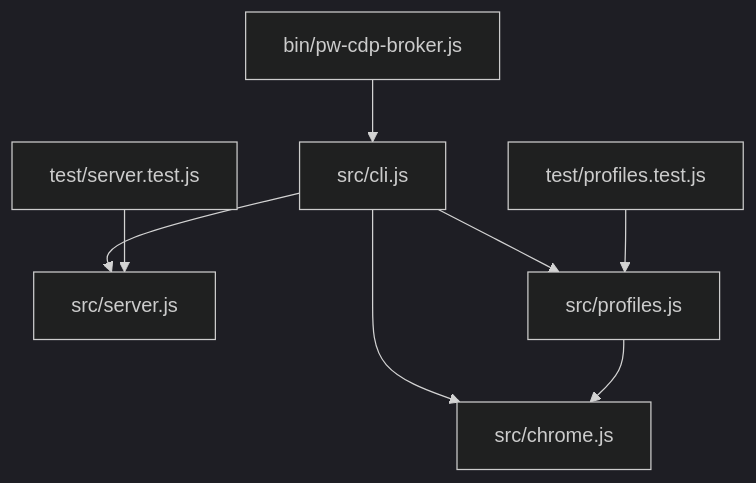
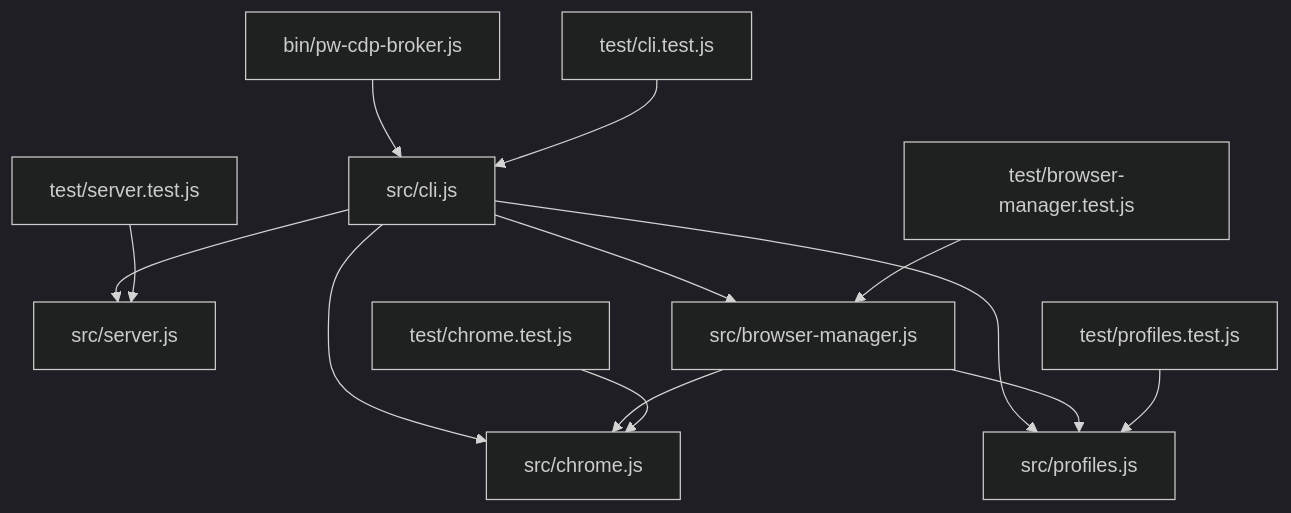
One commit to sloppygadget-bot/pw-cdp-broker changed the diagram in .kn/raw/codebase/dependencies/import-graph.mmd. Above: the diagram before and after it, drawn with Mermaid (dark theme). The commit also changed other lines of this file and 22 other files, not shown here.

````diff
--- a/.kn/raw/codebase/dependencies/import-graph.mmd
+++ b/.kn/raw/codebase/dependencies/import-graph.mmd
@@ -9,10 +9,15 @@
 ```mermaid
 flowchart TD
   bin["bin/pw-cdp-broker.js"] --> cli["src/cli.js"]
   cli --> server["src/server.js"]
+  cli --> manager["src/browser-manager.js"]
   cli --> chrome["src/chrome.js"]
   cli --> profiles["src/profiles.js"]
-  profiles --> chrome
+  manager --> chrome
+  manager --> profiles
   profileTests["test/profiles.test.js"] --> profiles
   serverTests["test/server.test.js"] --> server
+  managerTests["test/browser-manager.test.js"] --> manager
+  chromeTests["test/chrome.test.js"] --> chrome
+  cliTests["test/cli.test.js"] --> cli
 ```
````
